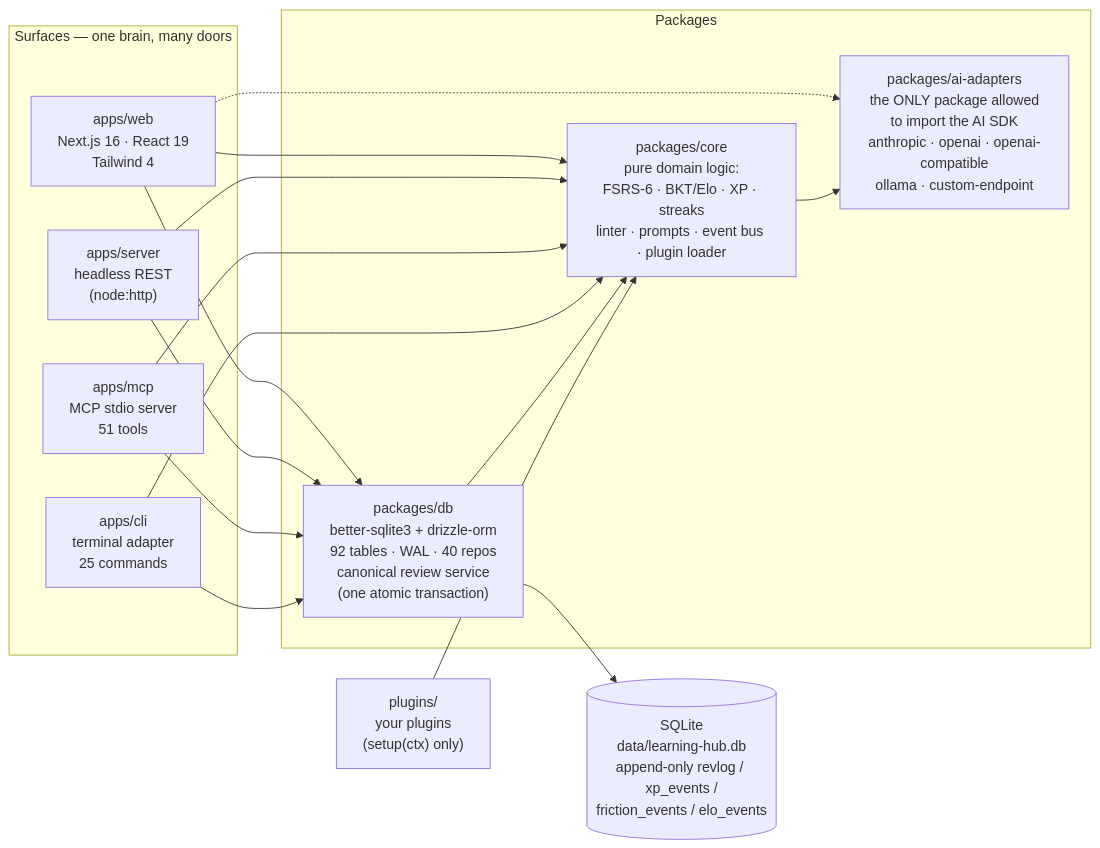
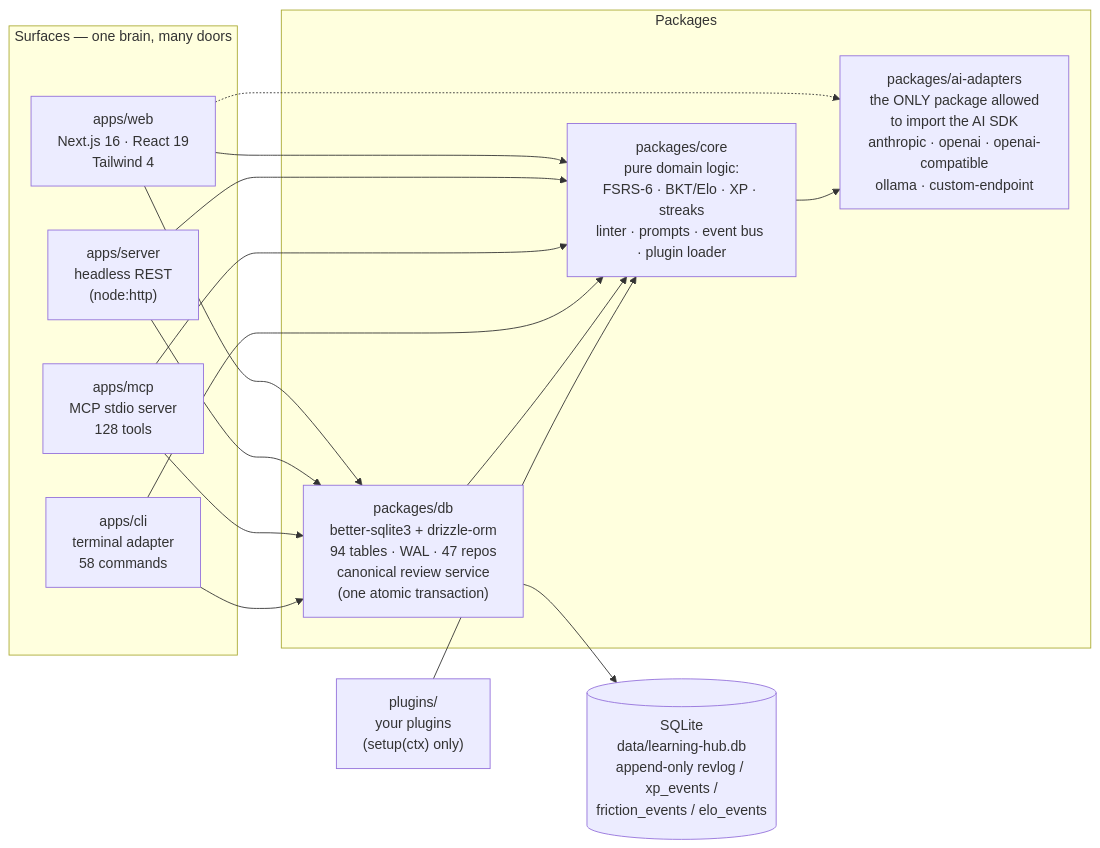
Before and after one commit to Agono0/learning-hub: the diagram in README.md, drawn with Mermaid. The commit also changed other lines of this file and 18 other files, not shown here.

````diff
--- a/README.md
+++ b/README.md
@@ -117,33 +117,33 @@
 ```mermaid
 flowchart LR
     subgraph surfaces ["Surfaces — one brain, many doors"]
         WEB["apps/web<br/>Next.js 16 · React 19<br/>Tailwind 4"]
         SERVE["apps/server<br/>headless REST<br/>(node:http)"]
-        MCP["apps/mcp<br/>MCP stdio server<br/>51 tools"]
-        CLI["apps/cli<br/>terminal adapter<br/>25 commands"]
+        MCP["apps/mcp<br/>MCP stdio server<br/>128 tools"]
+        CLI["apps/cli<br/>terminal adapter<br/>58 commands"]
     end
 
     subgraph packages ["Packages"]
         CORE["packages/core<br/>pure domain logic:<br/>FSRS-6 · BKT/Elo · XP · streaks<br/>linter · prompts · event bus · plugin loader"]
         AIC["packages/ai-adapters<br/>the ONLY package allowed<br/>to import the AI SDK<br/>anthropic · openai · openai-compatible<br/>ollama · custom-endpoint"]
-        DB["packages/db<br/>better-sqlite3 + drizzle-orm<br/>92 tables · WAL · 40 repos<br/>canonical review service<br/>(one atomic transaction)"]
+        DB["packages/db<br/>better-sqlite3 + drizzle-orm<br/>94 tables · WAL · 47 repos<br/>canonical review service<br/>(one atomic transaction)"]
     end
 
     SQLITE[("SQLite<br/>data/learning-hub.db<br/>append-only revlog / xp_events /<br/>friction_events / elo_events")]
 
     PLUGINS["plugins/<br/>your plugins<br/>(setup(ctx) only)"]
 
     WEB --> CORE
     WEB --> DB
     WEB -.-> AIC
     SERVE --> CORE
     SERVE --> DB
     MCP --> CORE
     MCP --> DB
     CLI --> CORE
     CLI --> DB
     CORE --> AIC
     DB --> CORE
     PLUGINS --> CORE
     DB --> SQLITE
 ```
````
